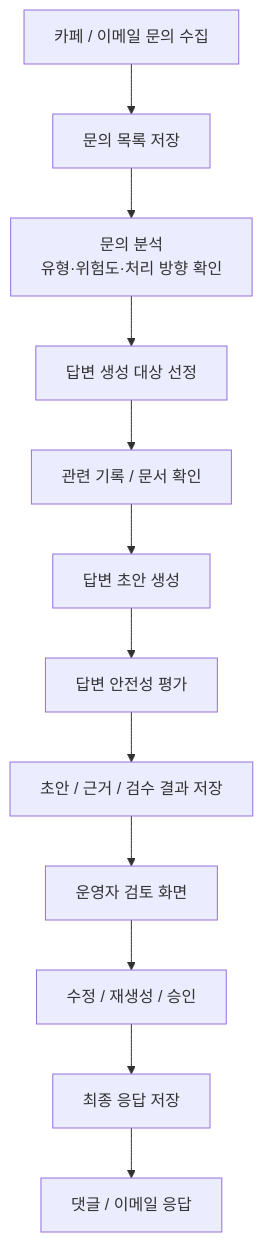
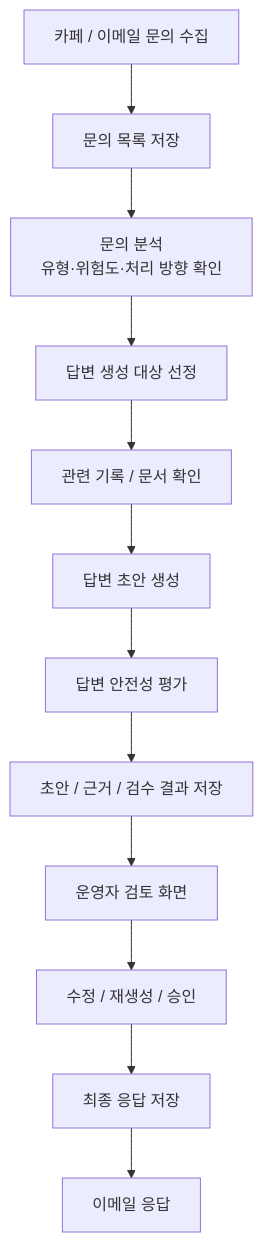
The second of 3 diagrams in README.md (SKNETWORKS-FAMILY-AICAMP/SKN25-FINAL-6Team), drawn with Mermaid before and after one commit. The commit also changed other lines of this file, not shown here.

````diff
--- a/README.md
+++ b/README.md
@@ -411,18 +411,18 @@
 ```mermaid
 flowchart TD
     Source["카페 / 이메일 문의 수집"] --> Ticket["문의 목록 저장"]
 
     Ticket --> Analysis["문의 분석<br/>유형·위험도·처리 방향 확인"]
     Analysis --> Target["답변 생성 대상 선정"]
 
     Target --> Evidence["관련 기록 / 문서 확인"]
     Evidence --> Draft["답변 초안 생성"]
     Draft --> Safety["답변 안전성 평가"]
 
     Safety --> Save["초안 / 근거 / 검수 결과 저장"]
     Save --> Review["운영자 검토 화면"]
 
     Review --> Edit["수정 / 재생성 / 승인"]
     Edit --> Final["최종 응답 저장"]
-    Final --> Send["댓글 / 이메일 응답"]
+    Final --> Send["이메일 응답"]
 ```
````
